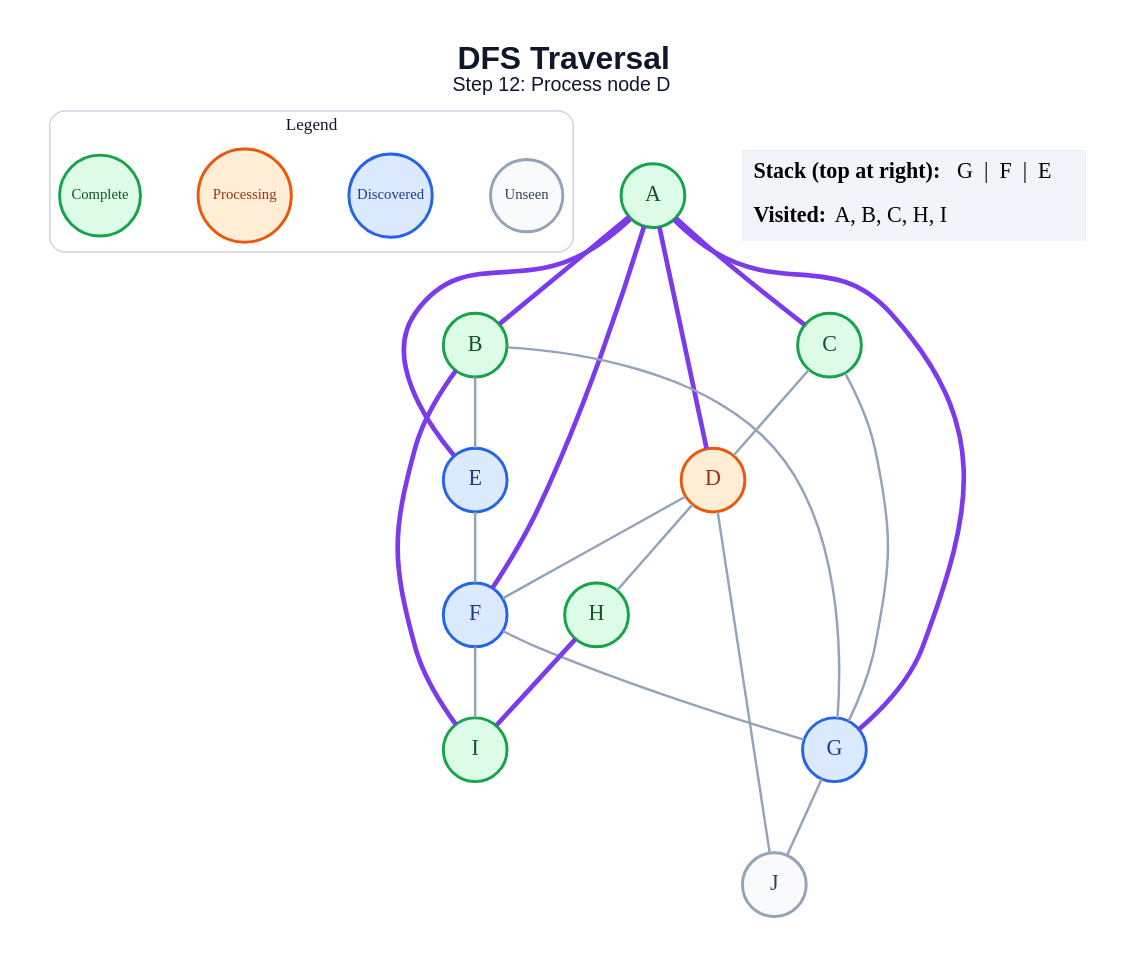
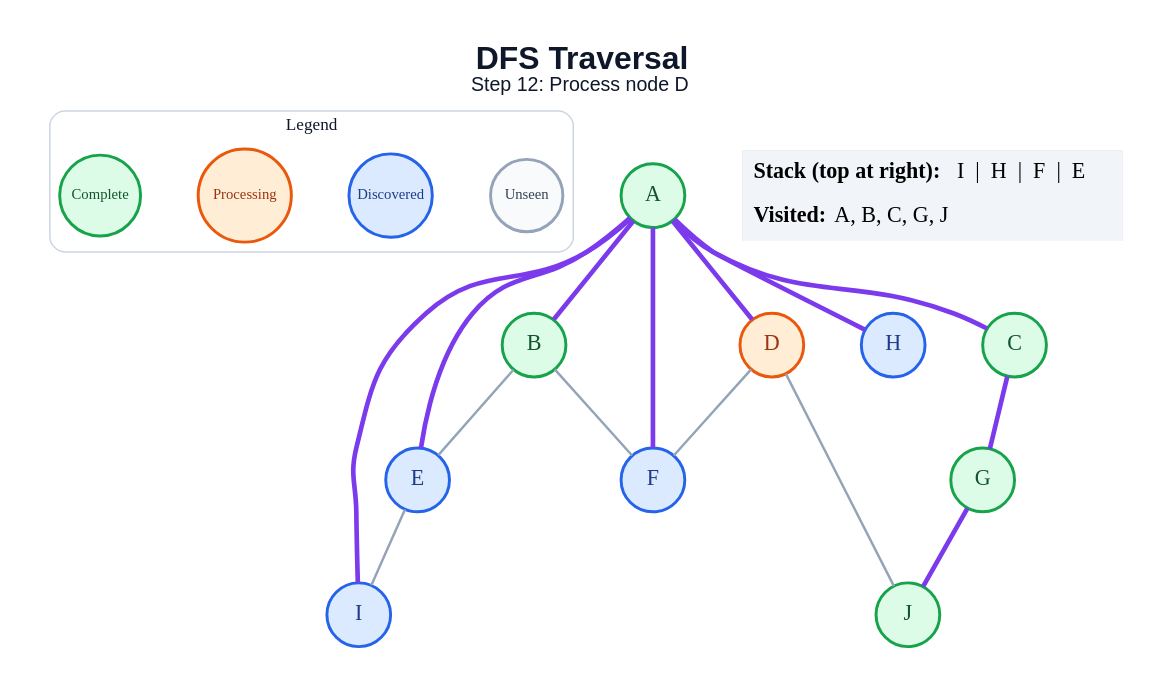
The diagram in generated/dfs/step_12.dot (amanghodawala9/ai-slop), drawn with Graphviz before and after one commit. The commit also changed 178 other files, not shown here.

```diff
--- a/generated/dfs/step_12.dot
+++ b/generated/dfs/step_12.dot
@@ -1,48 +1,43 @@
 graph traversal {
   graph [layout=dot, rankdir=TB, bgcolor="#FFFFFF", pad="0.35", nodesep="0.65", ranksep="0.8", fontname="Arial"];
   node [shape=circle, style="filled", fontname="Arial Bold", fontsize=18, width=0.72, fixedsize=true, penwidth=2.4];
   edge [color="#94A3B8", penwidth=2.0];
   label=<<B>DFS Traversal</B><BR/><FONT POINT-SIZE="16">Step 12: Process node D</FONT>>; labelloc="t"; fontsize=26; fontname="Arial"; fontcolor="#0F172A";
   subgraph cluster_legend { label="Legend"; color="#CBD5E1"; penwidth=1.2; style="rounded"; fontsize=14; fontname="Arial Bold";
     key_unseen [label="Unseen", fillcolor="#F8FAFC", color="#94A3B8", fontcolor="#334155", fontsize=12, width=0.82];
     key_frontier [label="Discovered", fillcolor="#DBEAFE", color="#2563EB", fontcolor="#1E3A8A", fontsize=12, width=0.95];
     key_current [label="Processing", fillcolor="#FFEDD5", color="#EA580C", fontcolor="#9A3412", fontsize=12, width=1.05];
     key_done [label="Complete", fillcolor="#DCFCE7", color="#16A34A", fontcolor="#14532D", fontsize=12, width=0.92];
     { rank=same; key_unseen; key_frontier; key_current; key_done; }
   }
   A [fillcolor="#DCFCE7", color="#16A34A", fontcolor="#14532D"];
   B [fillcolor="#DCFCE7", color="#16A34A", fontcolor="#14532D"];
   C [fillcolor="#DCFCE7", color="#16A34A", fontcolor="#14532D"];
   D [fillcolor="#FFEDD5", color="#EA580C", fontcolor="#9A3412"];
   E [fillcolor="#DBEAFE", color="#2563EB", fontcolor="#1E3A8A"];
   F [fillcolor="#DBEAFE", color="#2563EB", fontcolor="#1E3A8A"];
-  G [fillcolor="#DBEAFE", color="#2563EB", fontcolor="#1E3A8A"];
-  H [fillcolor="#DCFCE7", color="#16A34A", fontcolor="#14532D"];
-  I [fillcolor="#DCFCE7", color="#16A34A", fontcolor="#14532D"];
-  J [fillcolor="#F8FAFC", color="#94A3B8", fontcolor="#334155"];
+  G [fillcolor="#DCFCE7", color="#16A34A", fontcolor="#14532D"];
+  H [fillcolor="#DBEAFE", color="#2563EB", fontcolor="#1E3A8A"];
+  I [fillcolor="#DBEAFE", color="#2563EB", fontcolor="#1E3A8A"];
+  J [fillcolor="#DCFCE7", color="#16A34A", fontcolor="#14532D"];
   A -- B [color="#7C3AED", penwidth=3.8];
   A -- C [color="#7C3AED", penwidth=3.8];
   A -- D [color="#7C3AED", penwidth=3.8];
   A -- E [color="#7C3AED", penwidth=3.8];
   A -- F [color="#7C3AED", penwidth=3.8];
-  A -- G [color="#7C3AED", penwidth=3.8];
+  A -- H [color="#7C3AED", penwidth=3.8];
+  A -- I [color="#7C3AED", penwidth=3.8];
   B -- E;
-  B -- G;
-  B -- I [color="#7C3AED", penwidth=3.8];
-  C -- D;
-  C -- G;
+  B -- F;
+  C -- G [color="#7C3AED", penwidth=3.8];
   D -- F;
-  D -- H;
   D -- J;
-  E -- F;
-  F -- G;
-  F -- I;
-  G -- J;
-  H -- I [color="#7C3AED", penwidth=3.8];
+  E -- I;
+  G -- J [color="#7C3AED", penwidth=3.8];
   status [shape=plain, fixedsize=false, width=0, height=0, margin=0, label=<
     <TABLE BORDER="0" CELLBORDER="0" CELLPADDING="7" BGCOLOR="#F1F5F9">
-      <TR><TD ALIGN="LEFT"><B>Stack (top at right):</B> G  |  F  |  E</TD></TR>
-      <TR><TD ALIGN="LEFT"><B>Visited:</B> A, B, C, H, I</TD></TR>
+      <TR><TD ALIGN="LEFT"><B>Stack (top at right):</B> I  |  H  |  F  |  E</TD></TR>
+      <TR><TD ALIGN="LEFT"><B>Visited:</B> A, B, C, G, J</TD></TR>
     </TABLE>
   >];
 }
```
